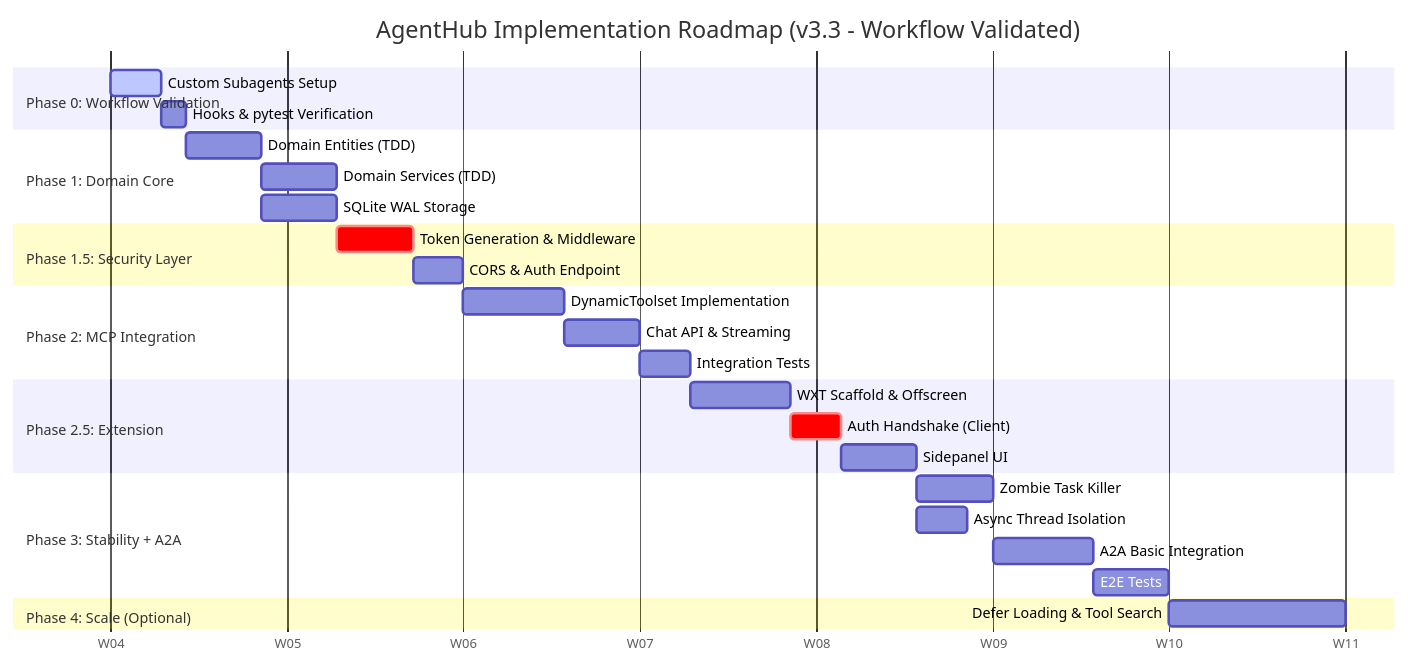
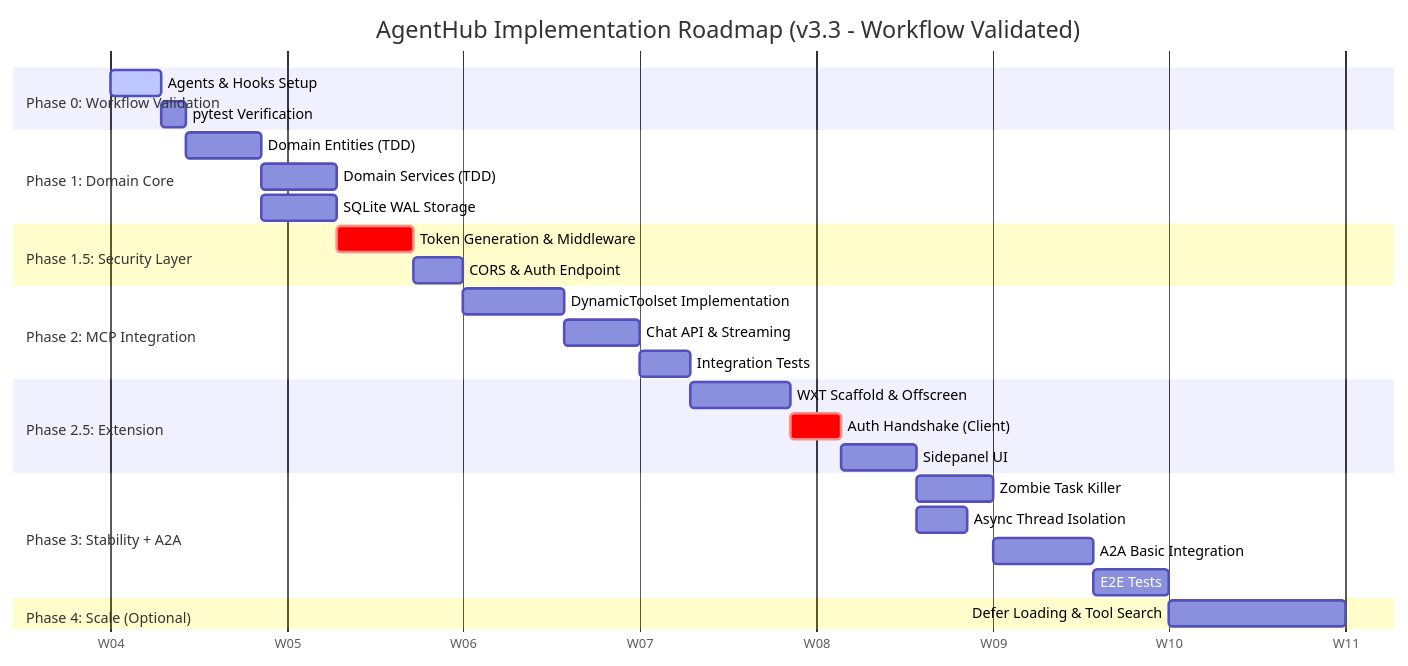
One commit to circling-booster/AgentHub changed the diagram in docs/roadmap.md. Above: the diagram before and after it, drawn with Mermaid. The commit also changed other lines of this file and 3 other files, not shown here.

````diff
--- a/docs/roadmap.md
+++ b/docs/roadmap.md
@@ -26,38 +26,38 @@
 ```mermaid
 gantt
     title AgentHub Implementation Roadmap (v3.3 - Workflow Validated)
     dateFormat  YYYY-MM-DD
     axisFormat  W%W
 
     section Phase 0: Workflow Validation
-    Custom Subagents Setup       :active, p0a, 2026-02-01, 2d
-    Hooks & pytest Verification  :p0b, after p0a, 1d
+    Agents & Hooks Setup         :active, p0a, 2026-02-01, 2d
+    pytest Verification          :p0b, after p0a, 1d
 
     section Phase 1: Domain Core
     Domain Entities (TDD)        :p1a, after p0b, 3d
     Domain Services (TDD)        :p1b, after p1a, 3d
     SQLite WAL Storage           :p1c, after p1a, 3d
 
     section Phase 1.5: Security Layer
     Token Generation & Middleware :crit, p1d, after p1b, 3d
     CORS & Auth Endpoint          :p1e, after p1d, 2d
 
     section Phase 2: MCP Integration
     DynamicToolset Implementation :p2a, after p1e, 4d
     Chat API & Streaming          :p2b, after p2a, 3d
     Integration Tests             :p2c, after p2b, 2d
 
     section Phase 2.5: Extension
     WXT Scaffold & Offscreen      :p2d, after p2c, 4d
     Auth Handshake (Client)       :crit, p2e, after p2d, 2d
     Sidepanel UI                  :p2f, after p2e, 3d
 
     section Phase 3: Stability + A2A
     Zombie Task Killer            :p3a, after p2f, 3d
     Async Thread Isolation        :p3b, after p2f, 2d
     A2A Basic Integration         :p3c, after p3a, 4d
     E2E Tests                     :p3d, after p3c, 3d
 
     section Phase 4: Scale (Optional)
     Defer Loading & Tool Search   :p4a, after p3d, 7d
 ```
````
